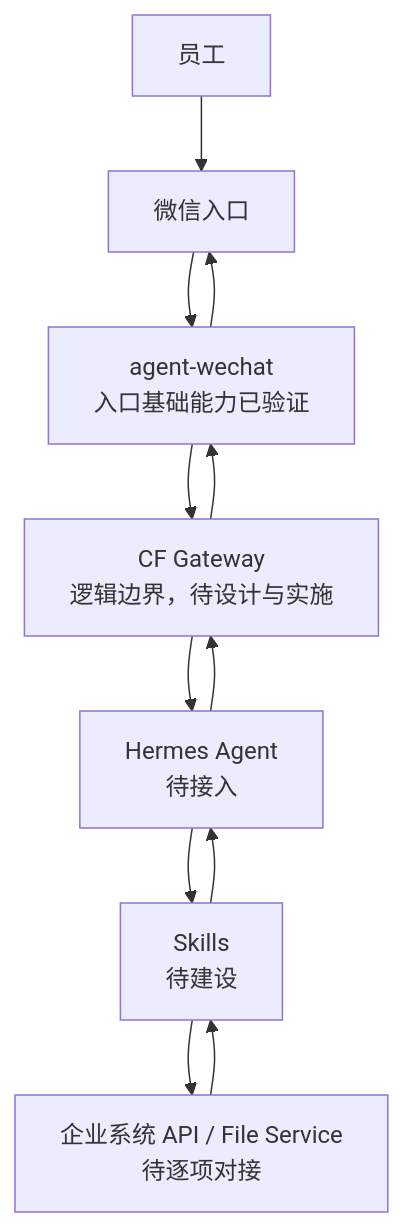
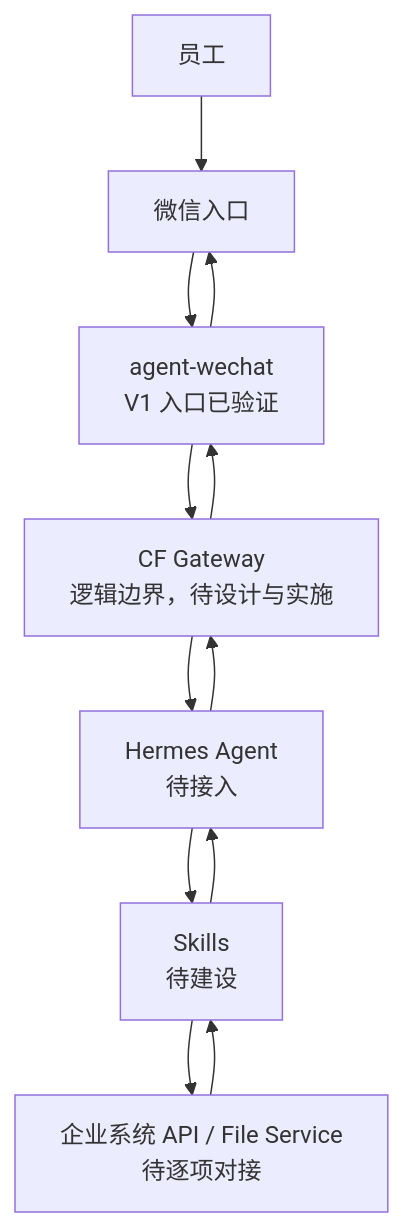
One commit to Tangbohu09527/CF_ecommerce-automation-docs changed the diagram in architecture/ai-system-overview.md. Above: the diagram before and after it, drawn with Mermaid. The commit also changed other lines of this file and 8 other files, not shown here.

Commit message:
docs: update AI automation status with agent-wechat validation

````diff
--- a/architecture/ai-system-overview.md
+++ b/architecture/ai-system-overview.md
@@ -18,10 +18,10 @@
 ```mermaid
 flowchart TB
     E["员工"] --> W["微信入口"]
-    W --> A["agent-wechat<br/>入口基础能力已验证"]
+    W --> A["agent-wechat<br/>V1 入口已验证"]
     A --> G["CF Gateway<br/>逻辑边界，待设计与实施"]
     G --> H["Hermes Agent<br/>待接入"]
     H --> S["Skills<br/>待建设"]
     S --> B["企业系统 API / File Service<br/>待逐项对接"]
     B --> S --> H --> G --> A --> W
 ```
````
